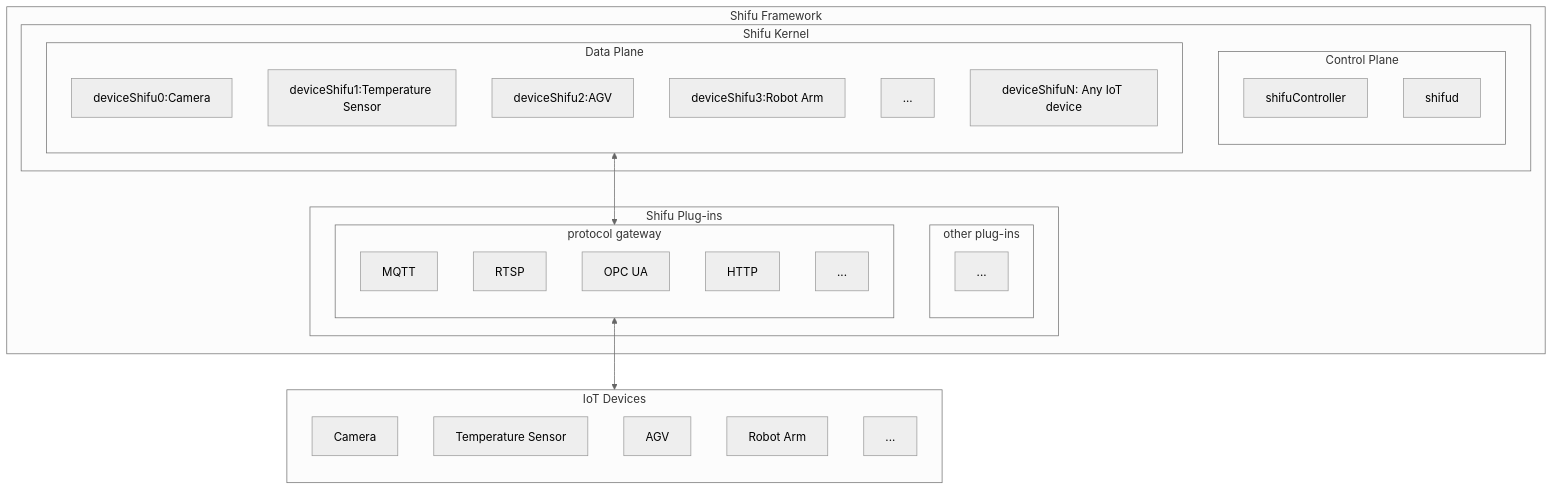
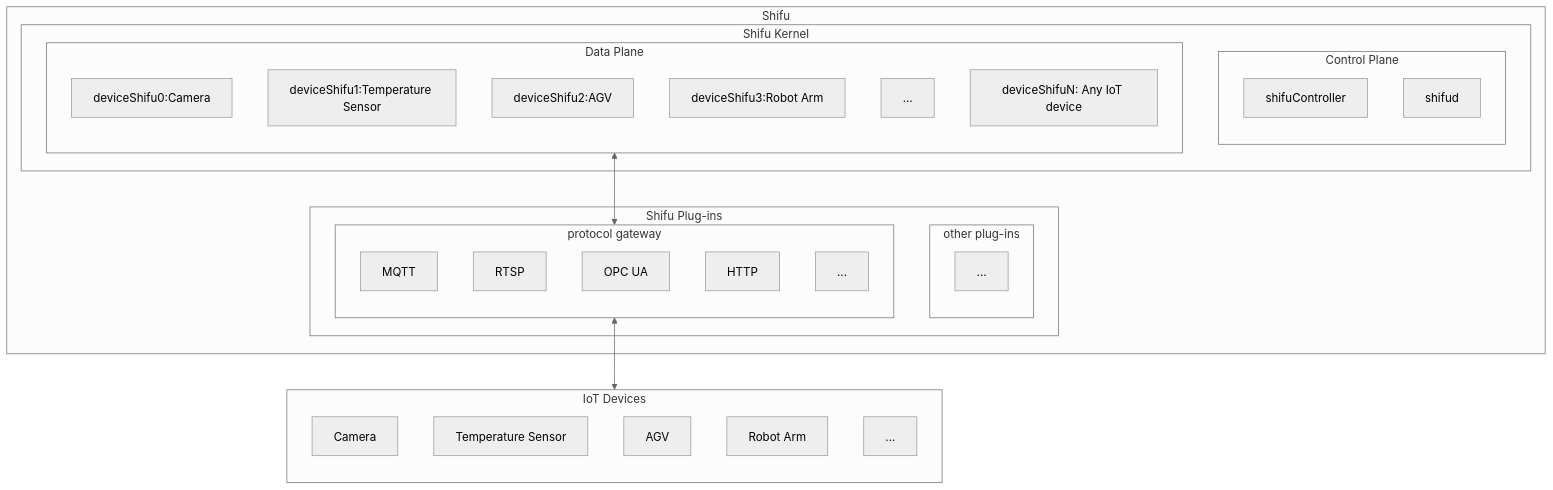
Before and after one commit to Edgenesis/shifu.dev: the first of 2 diagrams in docs/references/architecture/architecture.md, drawn with Mermaid (neutral theme). The commit also changed 6 other files, not shown here.

Commit message:
use shifu instead of shifu framework

````diff
--- a/docs/references/architecture/architecture.md
+++ b/docs/references/architecture/architecture.md
@@ -14,47 +14,47 @@
 ```mermaid
 flowchart BT
-	subgraph Shifu Framework
+	subgraph Shifu
     
     subgraph sg-kernel[Shifu Kernel]
     	subgraph sg-cp[Control Plane]
     	sc[shifuController]
     	sd[shifud]
     	end
     
     	subgraph sg-dp[Data Plane]
     	d0cam[deviceShifu0:Camera]
     	d1ts[deviceShifu1:Temperature Sensor]
     	d2agv[deviceShifu2:AGV]
     	d3ra[deviceShifu3:Robot Arm]
     	dotsinsg-dp[...]
     	dn[deviceShifuN: Any IoT device]
     	end
   	end
   
     
 		subgraph sg-p[Shifu Plug-ins]
     	subgraph sg-op[other plug-ins]
     	dotsinsg-op[...]
     	end
     
    		subgraph sg-pg[protocol gateway]
   		mqtt[MQTT]
   		rtsp[RTSP]
   		opcua[OPC UA]
   		http[HTTP]
   		dotsinsg-pg[...]
   		end
   	end
   end
   
   subgraph sg-id[IoT Devices]
   cam[Camera]
   ts[Temperature Sensor]
   agv[AGV]
   ra[Robot Arm]
   dotsInIoT[...]
   end
 
 	sg-id<-->sg-pg
   sg-pg<-->sg-dp
 ```
````
